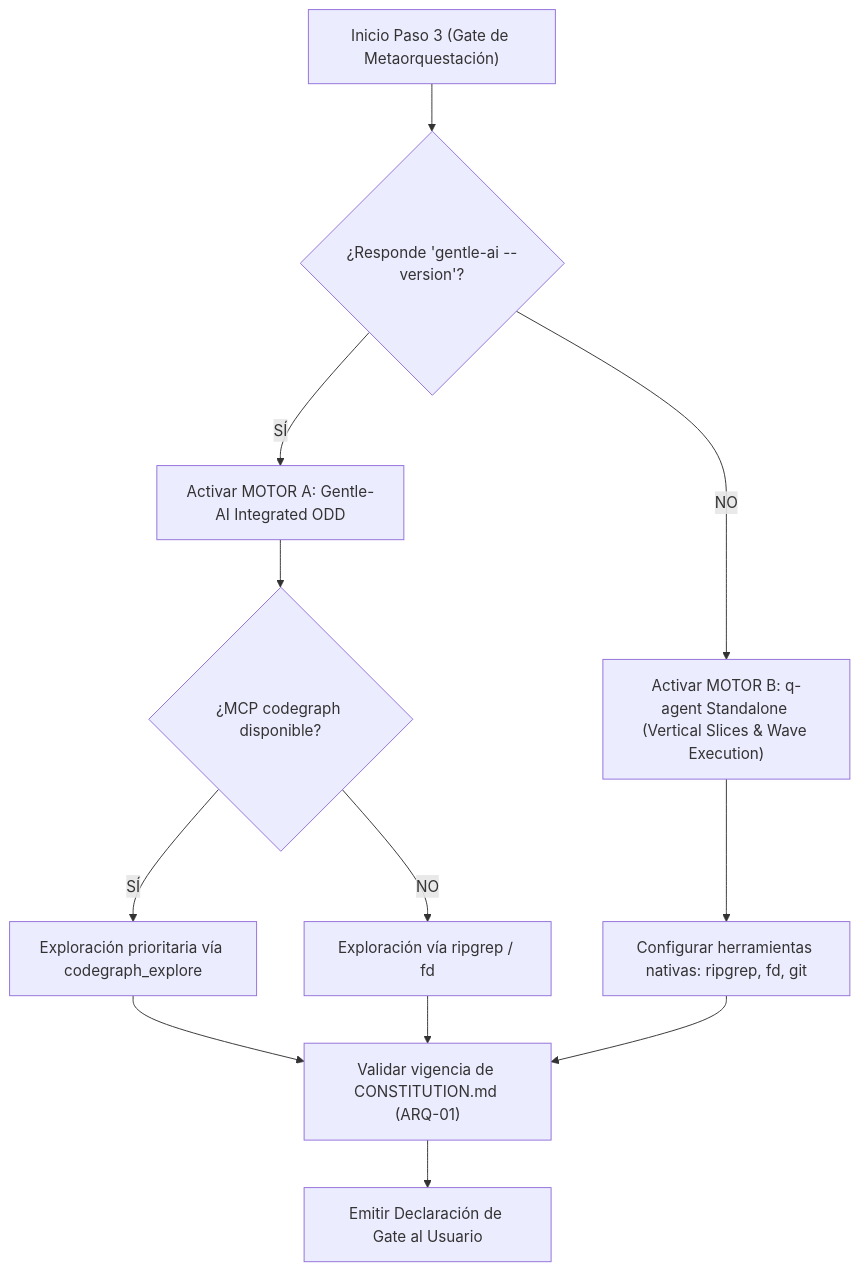
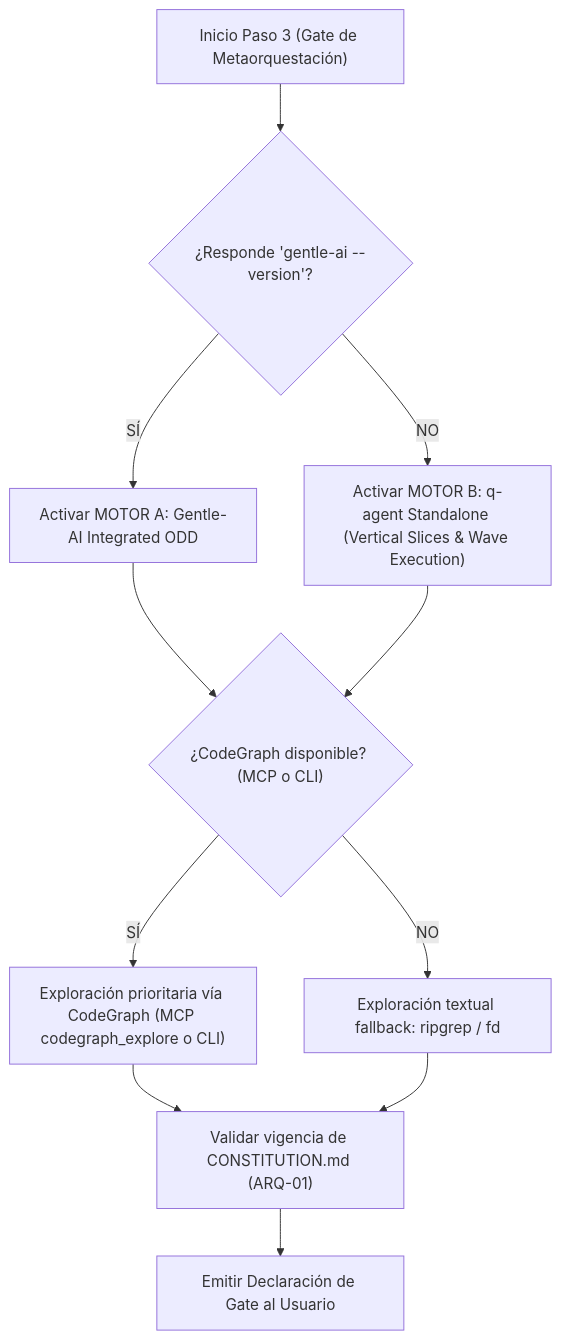
One commit to QuantumEdu/q-agent changed the diagram in references/dual-engine.md. Above: the diagram before and after it, drawn with Mermaid. The commit also changed other lines of this file and 2 other files, not shown here.

Commit message:
feat(codegraph): establish hard ordering and dual surface protocol in dual engine and context budgeting

````diff
--- a/references/dual-engine.md
+++ b/references/dual-engine.md
@@ -35,19 +35,18 @@
 ```mermaid
 flowchart TD
     Start["Inicio Paso 3 (Gate de Metaorquestación)"] --> ProbeGentleAI{"¿Responde 'gentle-ai --version'?"}
     
     ProbeGentleAI -- SÍ --> SelectGentleAI["Activar MOTOR A: Gentle-AI Integrated ODD"]
     ProbeGentleAI -- NO --> SelectStandalone["Activar MOTOR B: q-agent Standalone (Vertical Slices & Wave Execution)"]
     
-    SelectGentleAI --> CheckCodeGraph{"¿MCP codegraph disponible?"}
-    CheckCodeGraph -- SÍ --> UseCodeGraph["Exploración prioritaria vía codegraph_explore"]
-    CheckCodeGraph -- NO --> FallbackRipgrepA["Exploración vía ripgrep / fd"]
+    SelectGentleAI --> CheckCodeGraph{"¿CodeGraph disponible? (MCP o CLI)"}
+    SelectStandalone --> CheckCodeGraph
     
-    SelectStandalone --> ProbeTools["Configurar herramientas nativas: ripgrep, fd, git"]
+    CheckCodeGraph -- SÍ --> UseCodeGraph["Exploración prioritaria vía CodeGraph (MCP codegraph_explore o CLI)"]
+    CheckCodeGraph -- NO --> FallbackRipgrep["Exploración textual fallback: ripgrep / fd"]
     
     UseCodeGraph --> ValidateConst["Validar vigencia de CONSTITUTION.md (ARQ-01)"]
-    FallbackRipgrepA --> ValidateConst
-    ProbeTools --> ValidateConst
+    FallbackRipgrep --> ValidateConst
     
     ValidateConst --> EmitGate["Emitir Declaración de Gate al Usuario"]
 ```
````
